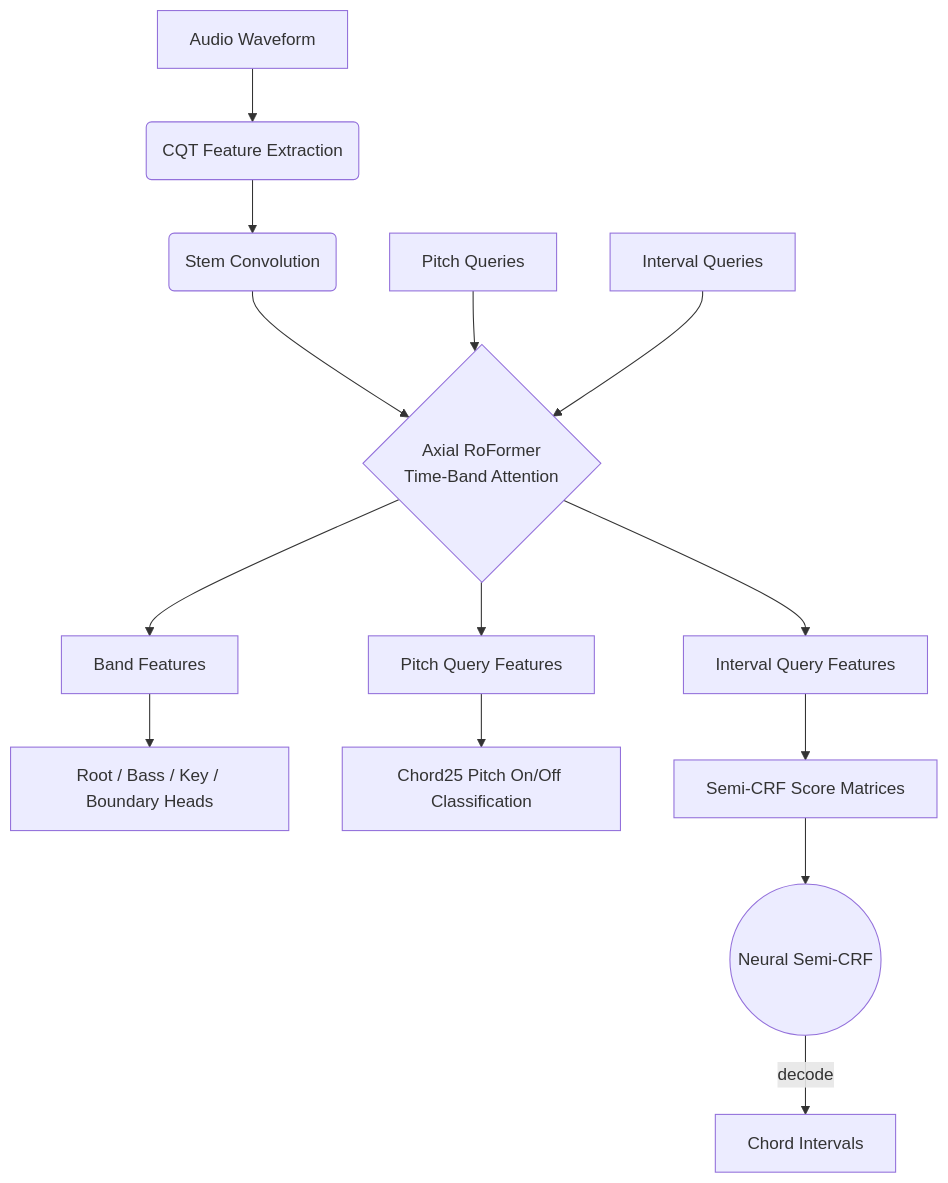
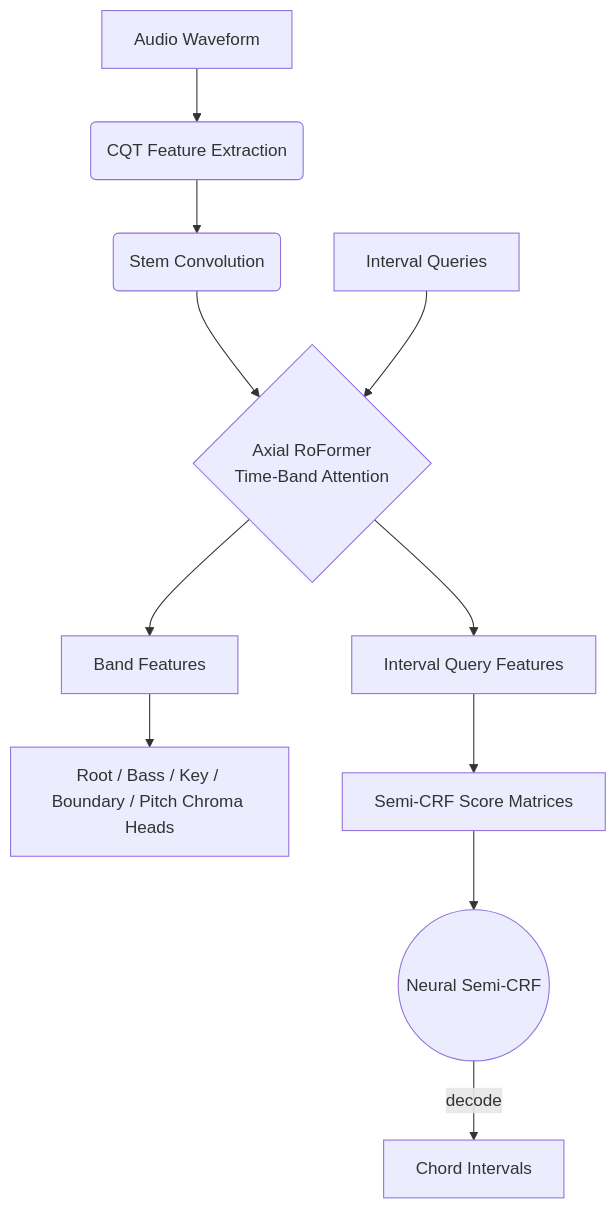
The diagram in README.ja.md (anime-song/Chord-Transcription), drawn with Mermaid before and after one commit. The commit also changed other lines of this file and 1 other file, not shown here.

Commit message:
READMEを更新

````diff
--- a/README.ja.md
+++ b/README.ja.md
@@ -11,20 +11,17 @@
 ```mermaid
 graph TD
     A[Audio Waveform] --> B(CQT Feature Extraction)
     B --> C(Stem Convolution)
     C --> D{Axial RoFormer<br>Time-Band Attention}
     
-    Q1[Pitch Queries] --> D
-    Q2[Interval Queries] --> D
+    Q[Interval Queries] --> D
     
     D --> E1[Band Features]
-    D --> E2[Pitch Query Features]
-    D --> E3[Interval Query Features]
+    D --> E2[Interval Query Features]
     
-    E1 --> H1[Root / Bass / Key / Boundary Heads]
-    E2 --> H2[Chord25 Pitch On/Off Classification]
-    E3 --> H3[Semi-CRF Score Matrices]
+    E1 --> H1[Root / Bass / Key / Boundary / Pitch Chroma Heads]
+    E2 --> H2[Semi-CRF Score Matrices]
     
-    H3 --> CRF((Neural Semi-CRF))
+    H2 --> CRF((Neural Semi-CRF))
     CRF -->|decode| OUT[Chord Intervals]
 ```
````
